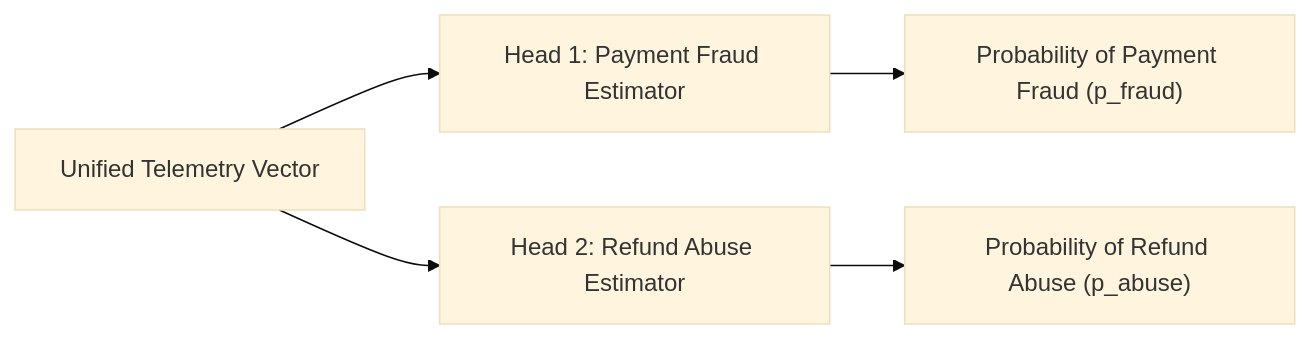
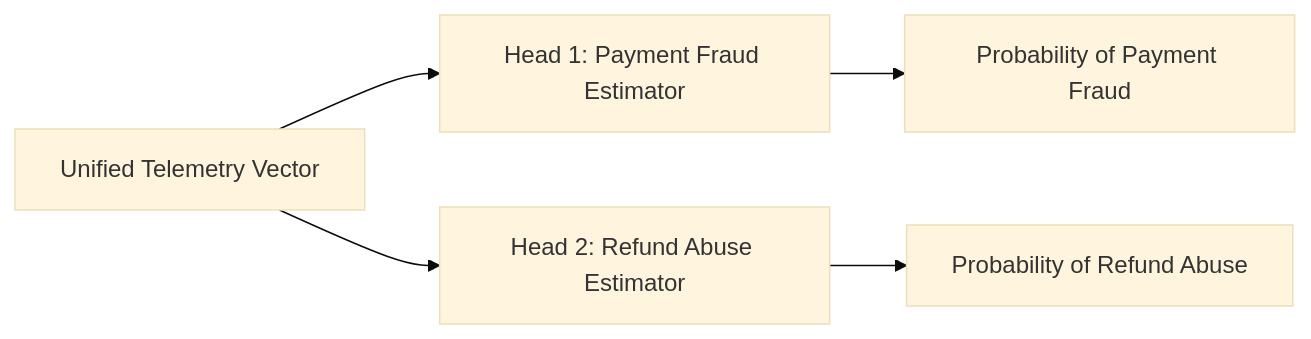
Before and after one commit to chanakya-b/shieldpay-risk-engine: the second of 2 diagrams in README.md, drawn with Mermaid (base theme). The commit also changed other lines of this file, not shown here.

````diff
--- a/README.md
+++ b/README.md
@@ -137,8 +107,8 @@
 ```mermaid
-graph LR
+flowchart LR
     Input[Unified Telemetry Vector] --> Head1[Head 1: Payment Fraud Estimator]
     Input --> Head2[Head 2: Refund Abuse Estimator]
     
-    Head1 --> Score1["Probability of Payment Fraud (p_fraud)"]
-    Head2 --> Score2["Probability of Refund Abuse (p_abuse)"]
+    Head1 --> Score1[Probability of Payment Fraud]
+    Head2 --> Score2[Probability of Refund Abuse]
 ```
````
